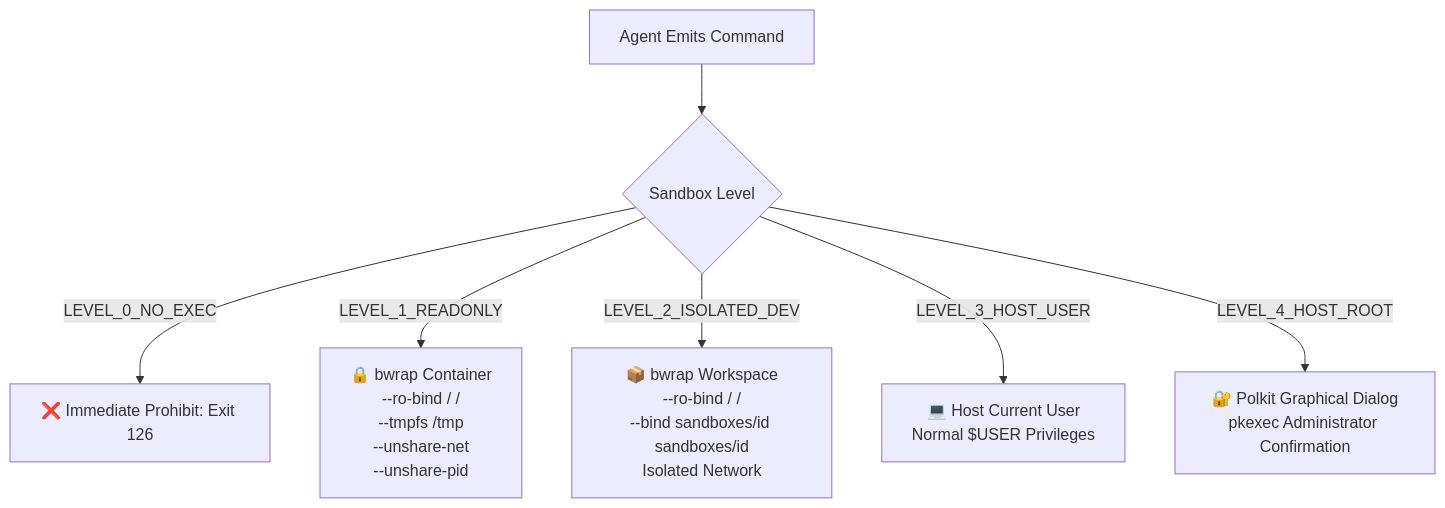
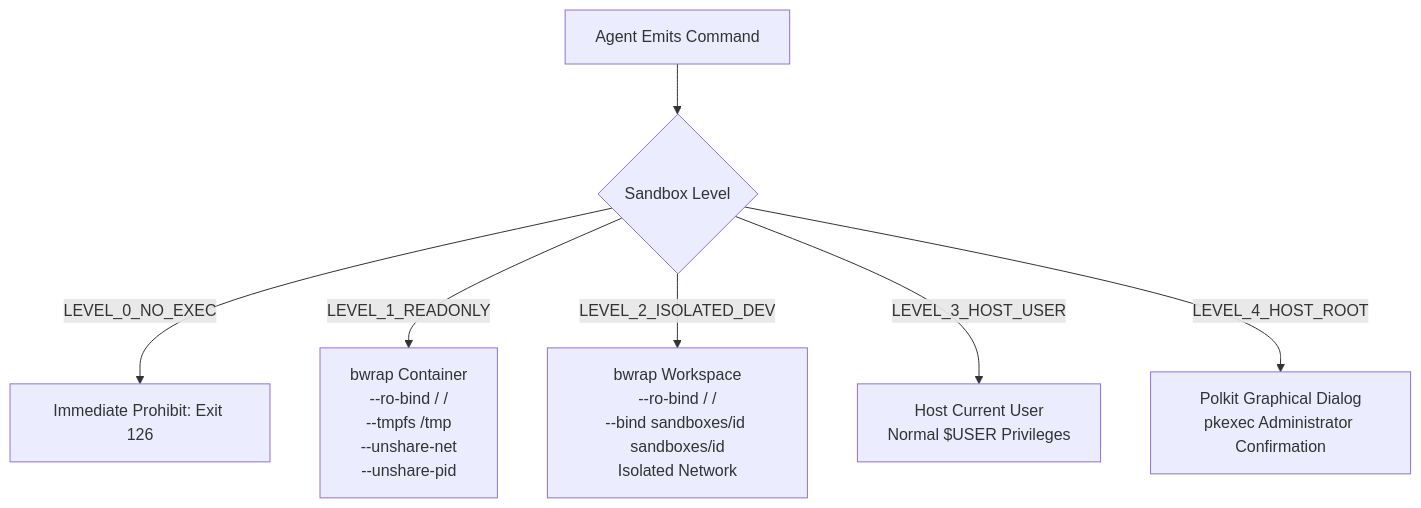
The second of 3 diagrams in src/data/help/architecture/sayri.md (Inled-Pulsar-OS/os.inled.es), drawn with Mermaid before and after one commit. The commit also changed other lines of this file and 5 other files, not shown here.

Commit message:
docs(sayri): exhaustive internal architecture specification, clean emoji-free controls, and fixed Mermaid modal canvas

````diff
--- a/src/data/help/architecture/sayri.md
+++ b/src/data/help/architecture/sayri.md
@@ -66,14 +98,14 @@
 ```mermaid
 flowchart TD
     Command[Agent Emits Command] --> LevelCheck{Sandbox Level}
     
-    LevelCheck -->|LEVEL_0_NO_EXEC| Block[❌ Immediate Prohibit: Exit 126]
+    LevelCheck -->|LEVEL_0_NO_EXEC| Block[Immediate Prohibit: Exit 126]
     
-    LevelCheck -->|LEVEL_1_READONLY| BwrapRO[🔒 bwrap Container<br/>--ro-bind / /<br/>--tmpfs /tmp<br/>--unshare-net<br/>--unshare-pid]
+    LevelCheck -->|LEVEL_1_READONLY| BwrapRO[bwrap Container<br/>--ro-bind / /<br/>--tmpfs /tmp<br/>--unshare-net<br/>--unshare-pid]
     
-    LevelCheck -->|LEVEL_2_ISOLATED_DEV| BwrapDev[📦 bwrap Workspace<br/>--ro-bind / /<br/>--bind sandboxes/id sandboxes/id<br/>Isolated Network]
+    LevelCheck -->|LEVEL_2_ISOLATED_DEV| BwrapDev[bwrap Workspace<br/>--ro-bind / /<br/>--bind sandboxes/id sandboxes/id<br/>Isolated Network]
     
-    LevelCheck -->|LEVEL_3_HOST_USER| HostUser[💻 Host Current User<br/>Normal $USER Privileges]
+    LevelCheck -->|LEVEL_3_HOST_USER| HostUser[Host Current User<br/>Normal $USER Privileges]
     
-    LevelCheck -->|LEVEL_4_HOST_ROOT| Polkit[🔐 Polkit Graphical Dialog<br/>pkexec Administrator Confirmation]
+    LevelCheck -->|LEVEL_4_HOST_ROOT| Polkit[Polkit Graphical Dialog<br/>pkexec Administrator Confirmation]
 ```
````
